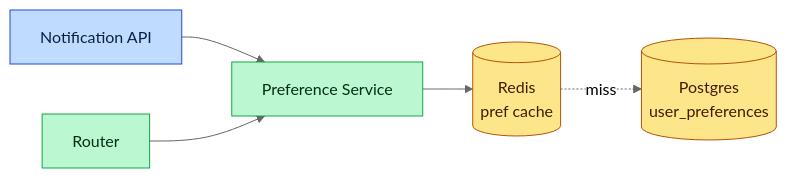
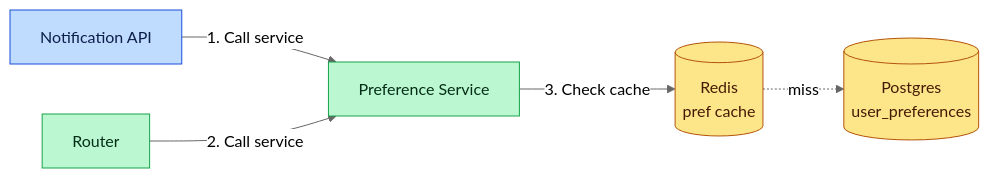
The fourth of 16 diagrams in content/hld/NotificationSystem.md (iluzn/HLD-Designs), drawn with Mermaid (neutral theme) before and after one commit. The commit also changed other lines of this file and 27 other files, not shown here.

````diff
--- a/content/hld/NotificationSystem.md
+++ b/content/hld/NotificationSystem.md
@@ -378,17 +378,17 @@
 ```mermaid
 flowchart LR
     API["Notification API"]:::edge
     ROUTE["Router"]:::service
     PREFS["Preference Service"]:::service
     PREFDB[("Postgres<br/>user_preferences")]:::data
     PREFCACHE[("Redis<br/>pref cache")]:::data
 
-    API --> PREFS
-    ROUTE --> PREFS
-    PREFS --> PREFCACHE
+    API -->|"1. Call service"| PREFS
+    ROUTE -->|"2. Call service"| PREFS
+    PREFS -->|"3. Check cache"| PREFCACHE
     PREFCACHE -. miss .-> PREFDB
 
     classDef edge fill:#bfdbfe,stroke:#1d4ed8,color:#0c1f4a
     classDef service fill:#bbf7d0,stroke:#16a34a,color:#052e16
     classDef data fill:#fde68a,stroke:#b45309,color:#451a03
 ```
````
